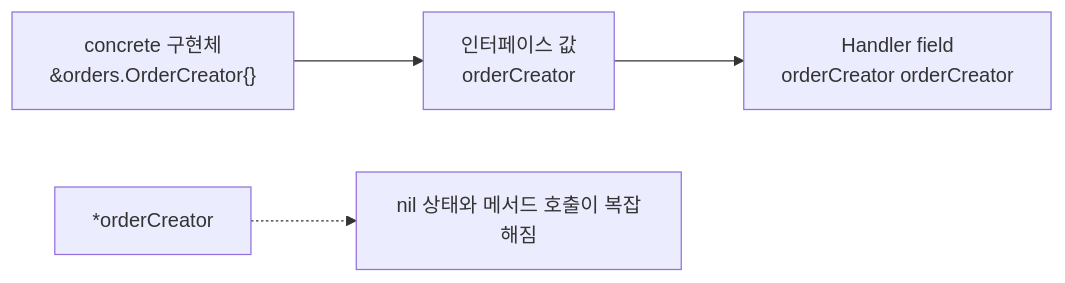
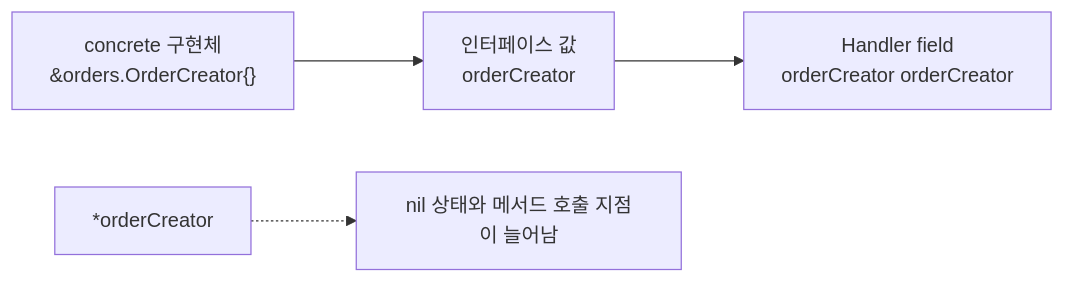
One commit to junghwan16/junghwan16.github.io changed the fifth of 5 diagrams in content/posts/go-typed-nil-interface.md. Above: the diagram before and after it, drawn with Mermaid. The commit also changed other lines of this file and 35 other files, not shown here.

````diff
--- a/content/posts/go-typed-nil-interface.md
+++ b/content/posts/go-typed-nil-interface.md
@@ -248,7 +248,7 @@
 ```mermaid
 flowchart LR
     C["concrete 구현체<br/>&orders.OrderCreator{}"] --> I["인터페이스 값<br/>orderCreator"]
     I --> H["Handler field<br/>orderCreator orderCreator"]
 
-    Bad["*orderCreator"] -.-> X["nil 상태와 메서드 호출이 복잡해짐"]
+    Bad["*orderCreator"] -.-> X["nil 상태와 메서드 호출 지점이 늘어남"]
 ```
````
